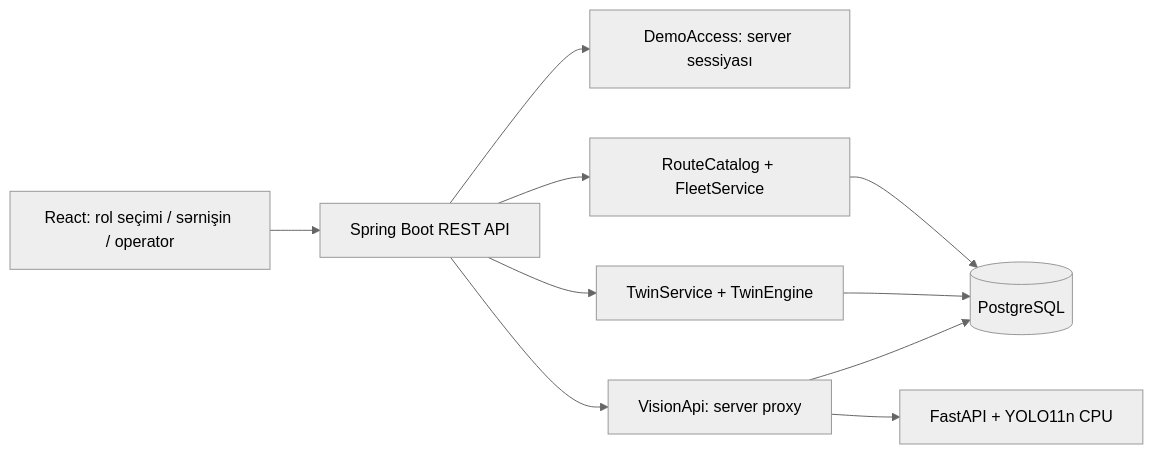
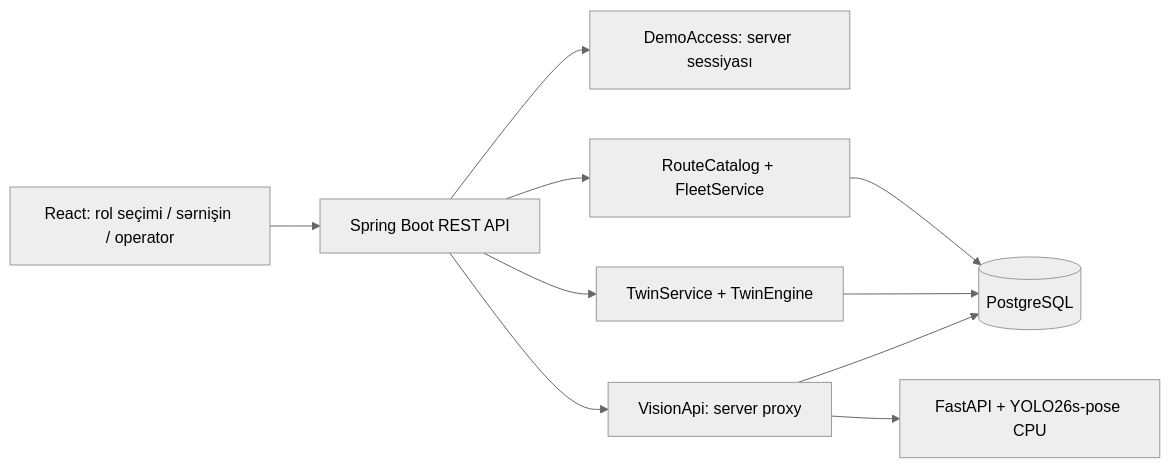
The diagram in docs/TECHNICAL.md (mustafaqasimov/Smart-Transit-and-Crowdsourcing-Engine), drawn with Mermaid (neutral theme) before and after one commit. The commit also changed other lines of this file and 48 other files, not shown here.

First line of the commit message:
Rename to BakuYolOu; add YOLO26 pose, GPS density map, reserve alerts, deploy setup

````diff
--- a/docs/TECHNICAL.md
+++ b/docs/TECHNICAL.md
@@ -5,12 +5,12 @@
 ```mermaid
 flowchart LR
   UI[React: rol seçimi / sərnişin / operator] --> API[Spring Boot REST API]
   API --> Access[DemoAccess: server sessiyası]
   API --> Fleet[RouteCatalog + FleetService]
   API --> Twin[TwinService + TwinEngine]
   API --> Vision[VisionApi: server proxy]
   Fleet --> DB[(PostgreSQL)]
   Twin --> DB
-  Vision --> YOLO[FastAPI + YOLO11n CPU]
+  Vision --> YOLO[FastAPI + YOLO26s-pose CPU]
   Vision --> DB
 ```
````
